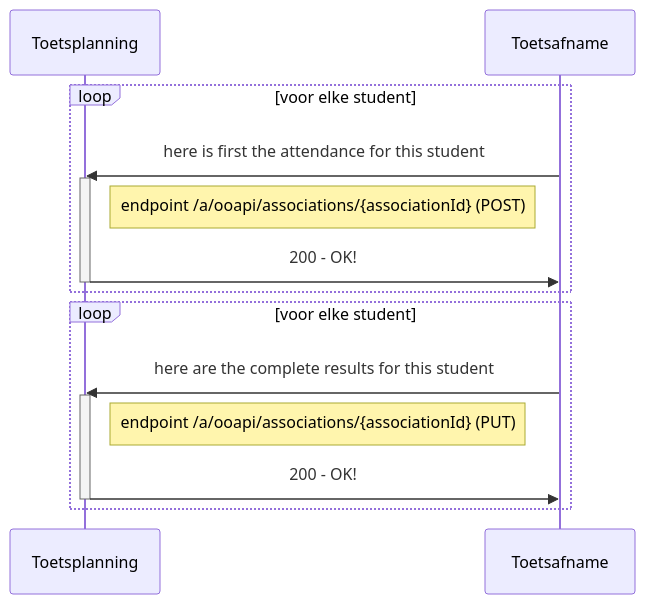
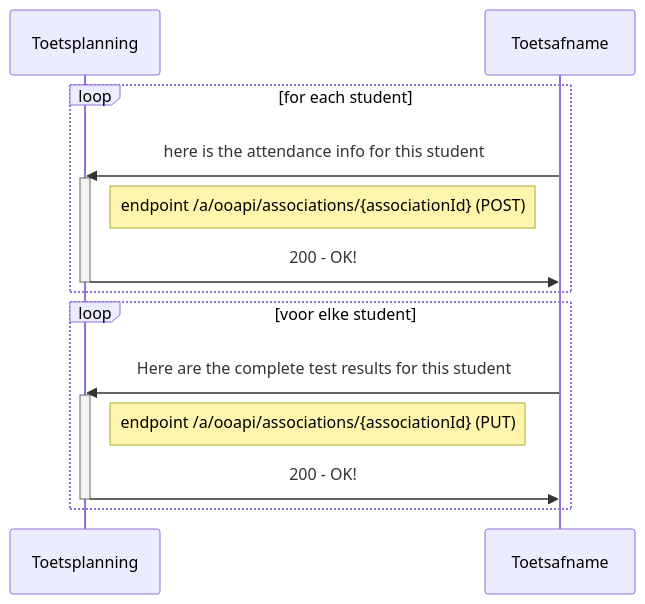
Before and after one commit to NetwerkExamineringDigitalisering/NED-OOAPI: the second of 4 diagrams in doc/diagrams/flow3.md, drawn with Mermaid. The commit also changed other lines of this file, not shown here.

````diff
--- a/doc/diagrams/flow3.md
+++ b/doc/diagrams/flow3.md
@@ -69,19 +71,19 @@
 ```mermaid
 sequenceDiagram
     participant Toetsplanning
     participant Toetsafname
-    loop voor elke student
-      Toetsafname->>Toetsplanning: here is first the attendance for this student
+    loop for each student
+      Toetsafname->>Toetsplanning: here is the attendance info for this student
       activate Toetsplanning
       Note right of Toetsplanning: endpoint /a/ooapi/associations/{associationId} (POST)
       Toetsplanning->>Toetsafname: 200 - OK!
       deactivate Toetsplanning
    end
     loop voor elke student
-      Toetsafname->>Toetsplanning: here are the complete results for this student
+      Toetsafname->>Toetsplanning: Here are the complete test results for this student
       activate Toetsplanning
       Note right of Toetsplanning: endpoint /a/ooapi/associations/{associationId} (PUT)
       Toetsplanning->>Toetsafname: 200 - OK!
       deactivate Toetsplanning
    end
 ```
````
